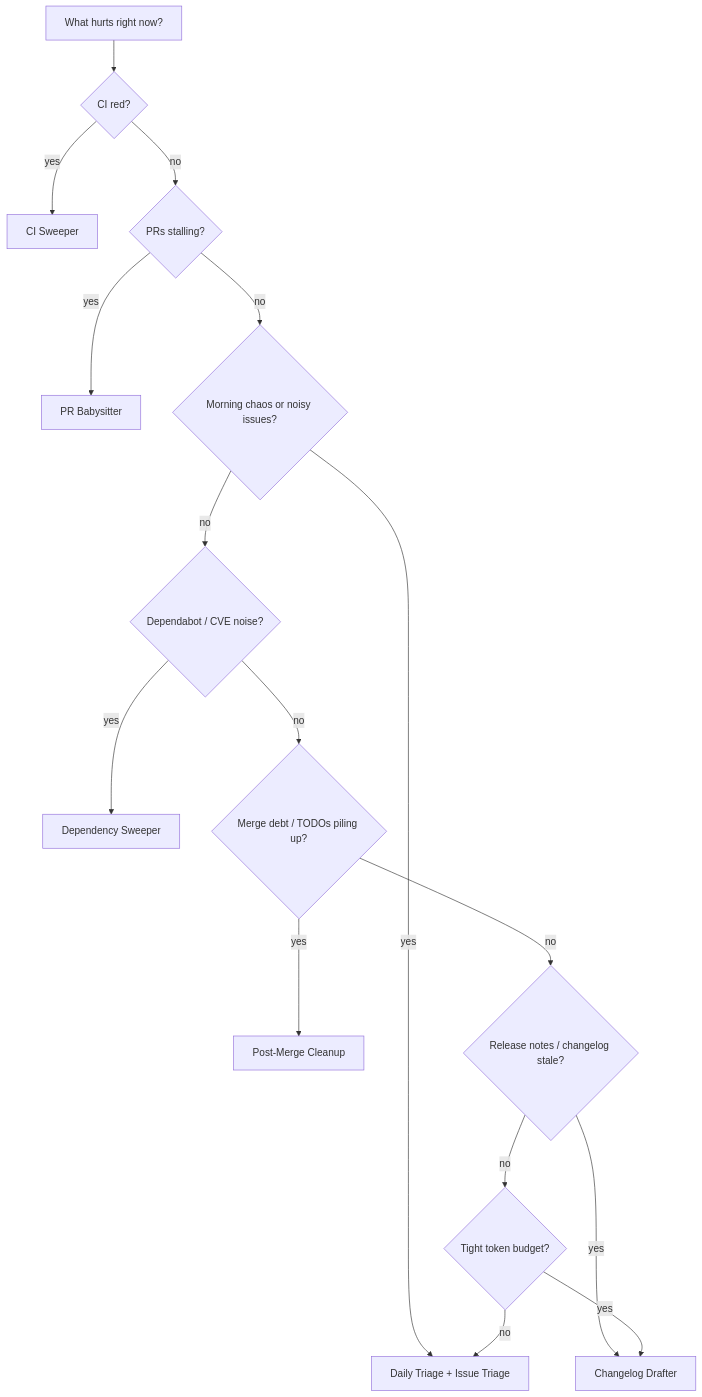
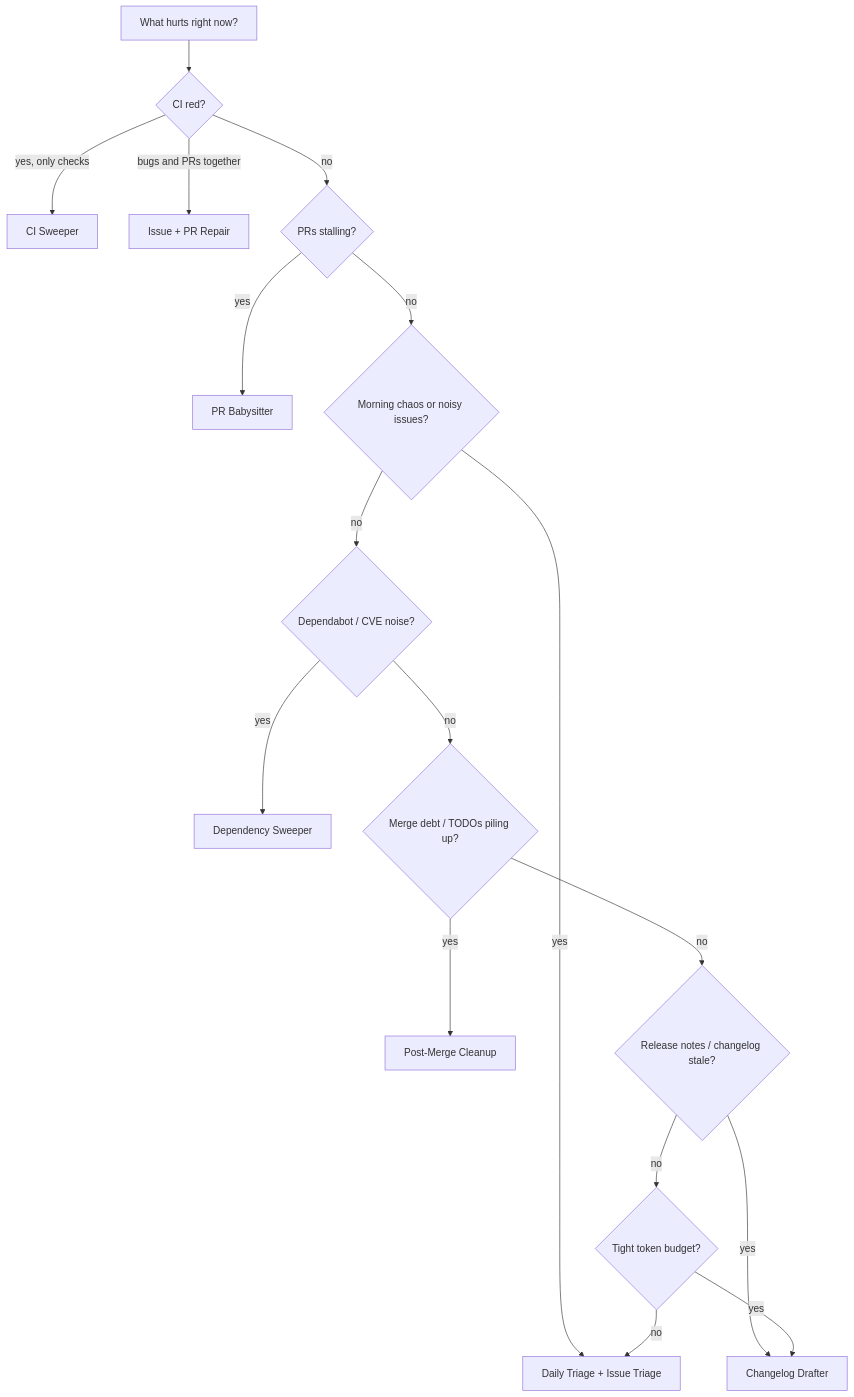
One commit to cobusgreyling/loop-engineering changed the diagram in docs/pattern-picker.md. Above: the diagram before and after it, drawn with Mermaid. The commit also changed other lines of this file and 20 other files, not shown here.

Commit message:
feat: add installable issue-pr-repair pattern

````diff
--- a/docs/pattern-picker.md
+++ b/docs/pattern-picker.md
@@ -5,18 +5,19 @@
 ```mermaid
 flowchart TD
     A[What hurts right now?] --> B{CI red?}
-    B -->|yes| C[CI Sweeper]
+    B -->|yes, only checks| C[CI Sweeper]
+    B -->|bugs and PRs together| O[Issue + PR Repair]
     B -->|no| D{PRs stalling?}
     D -->|yes| E[PR Babysitter]
     D -->|no| F{Morning chaos or noisy issues?}
     F -->|yes| G[Daily Triage + Issue Triage]
     F -->|no| H{Dependabot / CVE noise?}
     H -->|yes| I[Dependency Sweeper]
     H -->|no| J{Merge debt / TODOs piling up?}
     J -->|yes| K[Post-Merge Cleanup]
     J -->|no| L{Release notes / changelog stale?}
     L -->|yes| M[Changelog Drafter]
     L -->|no| N{Tight token budget?}
     N -->|yes| M
     N -->|no| G
 ```
````
